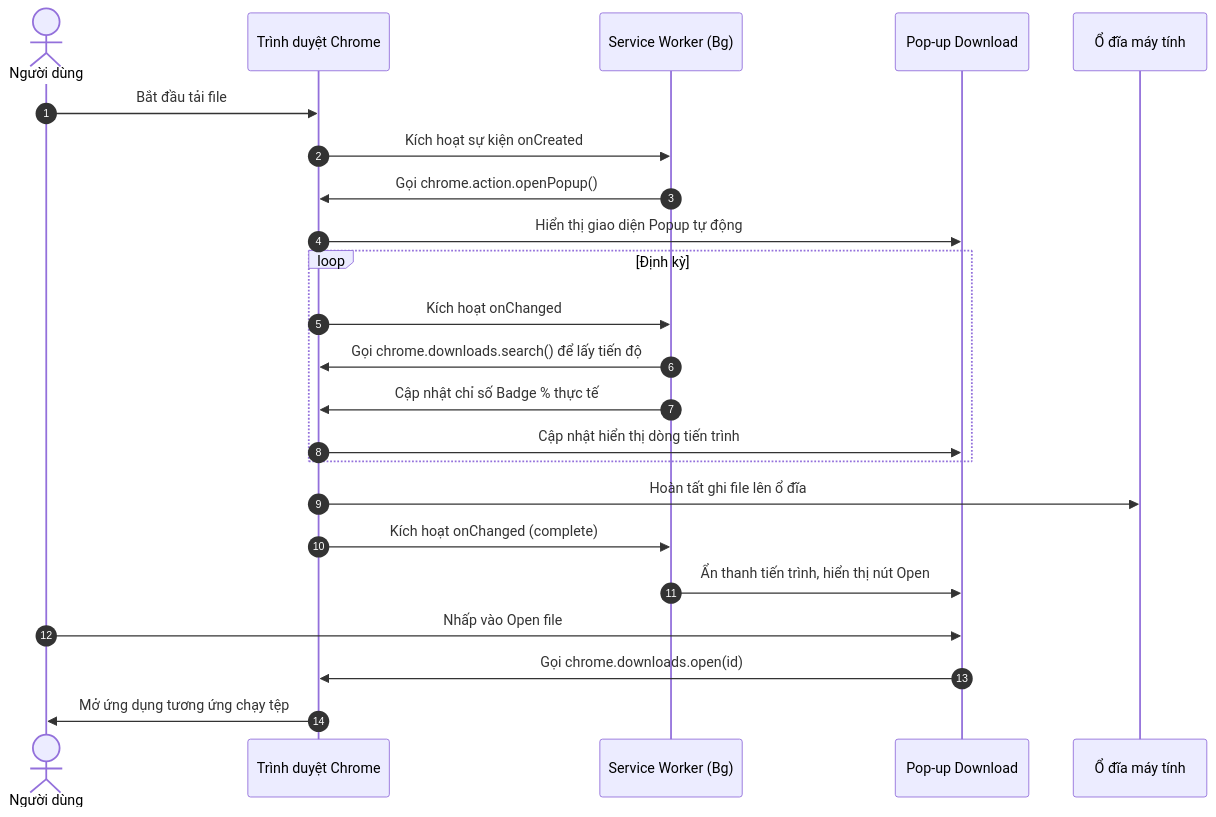
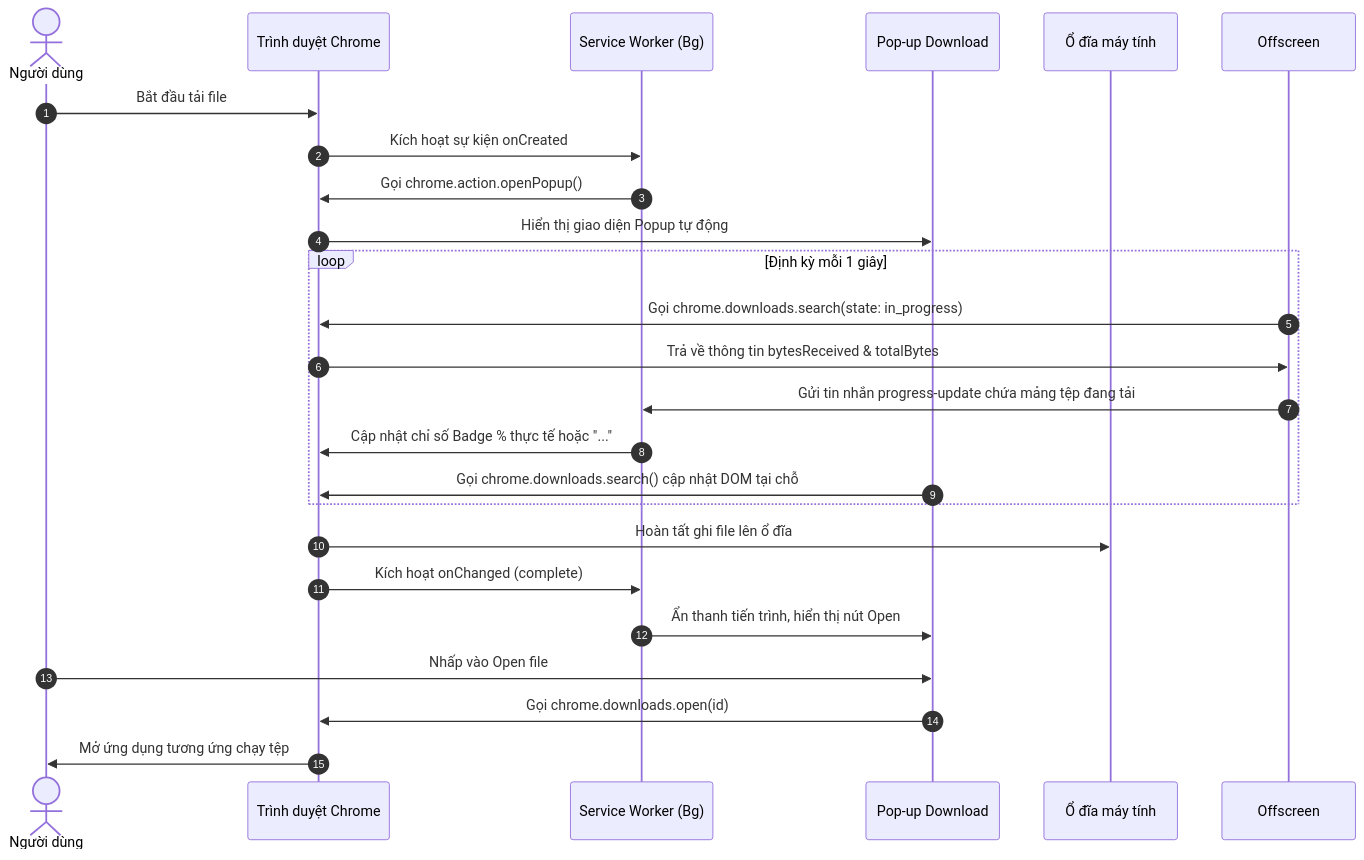
The second of 2 diagrams in docs/architecture.md (CodeingOver/CustomeDownLoad-HistoryExtensionForChrome), drawn with Mermaid before and after one commit. The commit also changed other lines of this file and 7 other files, not shown here.

Commit message:
feat: implement offscreen document heartbeat and synchronize download progress badge updates in background service worker

````diff
--- a/docs/architecture.md
+++ b/docs/architecture.md
@@ -149,26 +153,27 @@
 ```mermaid
 sequenceDiagram
     autonumber
     actor User as Người dùng
     participant Chrome as Trình duyệt Chrome
     participant SW as Service Worker (Bg)
     participant Pop as Pop-up Download
     participant Disk as Ổ đĩa máy tính
 
     User->>Chrome: Bắt đầu tải file
     Chrome->>SW: Kích hoạt sự kiện onCreated
     SW->>Chrome: Gọi chrome.action.openPopup()
     Chrome->>Pop: Hiển thị giao diện Popup tự động
-    loop Định kỳ
-        Chrome->>SW: Kích hoạt onChanged
-        SW->>Chrome: Gọi chrome.downloads.search() để lấy tiến độ
-        SW->>Chrome: Cập nhật chỉ số Badge % thực tế
-        Chrome->>Pop: Cập nhật hiển thị dòng tiến trình
+    loop Định kỳ mỗi 1 giây
+        Offscreen->>Chrome: Gọi chrome.downloads.search(state: in_progress)
+        Chrome->>Offscreen: Trả về thông tin bytesReceived & totalBytes
+        Offscreen->>SW: Gửi tin nhắn progress-update chứa mảng tệp đang tải
+        SW->>Chrome: Cập nhật chỉ số Badge % thực tế hoặc "..."
+        Pop->>Chrome: Gọi chrome.downloads.search() cập nhật DOM tại chỗ
     end
     Chrome->>Disk: Hoàn tất ghi file lên ổ đĩa
     Chrome->>SW: Kích hoạt onChanged (complete)
     SW->>Pop: Ẩn thanh tiến trình, hiển thị nút Open
     User->>Pop: Nhấp vào Open file
     Pop->>Chrome: Gọi chrome.downloads.open(id)
     Chrome->>User: Mở ứng dụng tương ứng chạy tệp
 ```
````
